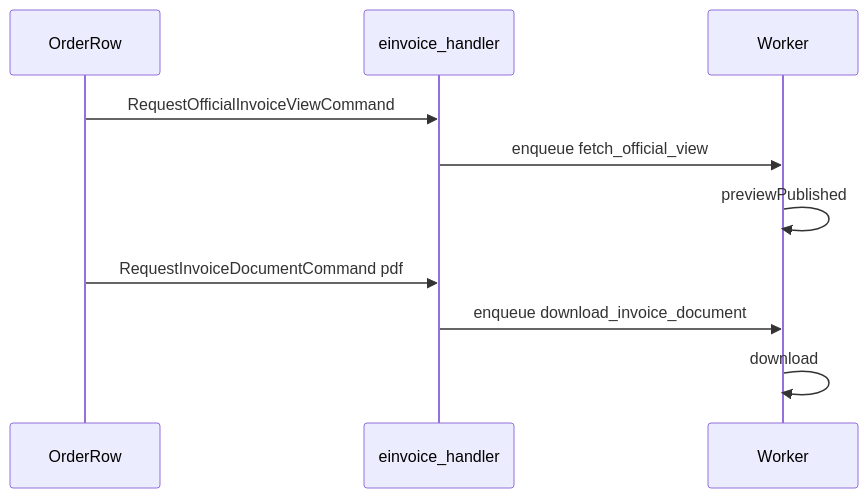
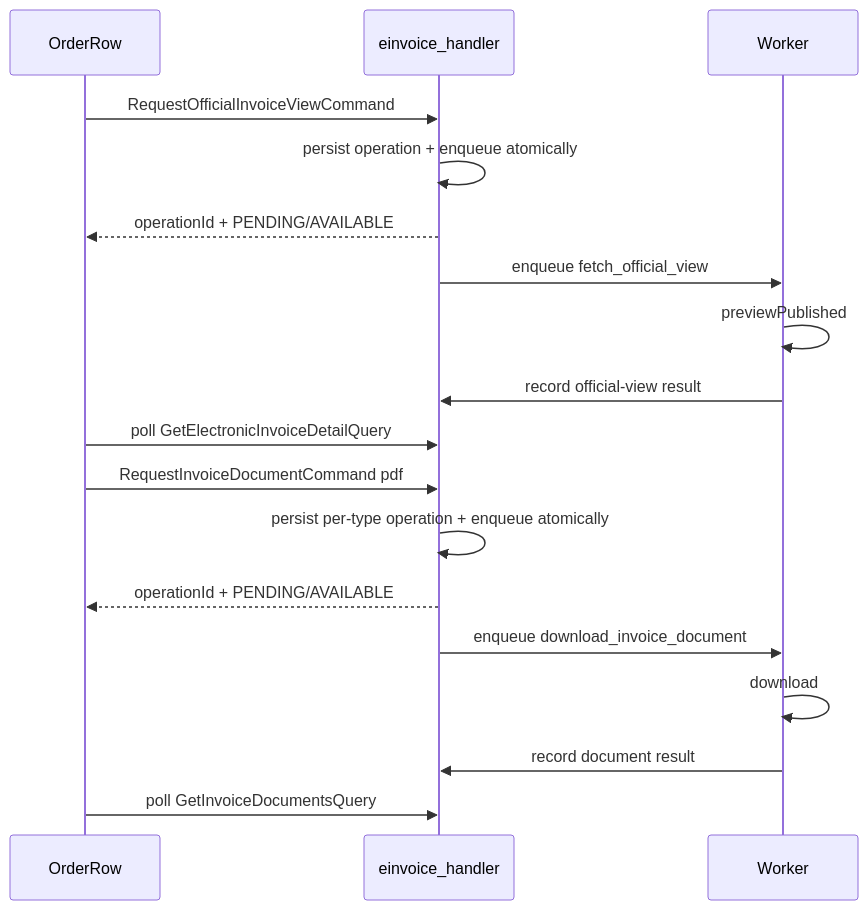
Before and after one commit to DsChien102/erp-sales-inventory: the fifth of 5 diagrams in docs/themes/TH-08-e-invoice/harness/03-architecture-and-flows.md, drawn with Mermaid. The commit also changed other lines of this file and 574 other files, not shown here.

````diff
--- a/docs/themes/TH-08-e-invoice/harness/03-architecture-and-flows.md
+++ b/docs/themes/TH-08-e-invoice/harness/03-architecture-and-flows.md
@@ -317,13 +330,21 @@
 ```mermaid
 sequenceDiagram
   participant UI as OrderRow
   participant App as einvoice_handler
   participant W as Worker
 
   UI->>App: RequestOfficialInvoiceViewCommand
+  App->>App: persist operation + enqueue atomically
+  App-->>UI: operationId + PENDING/AVAILABLE
   App->>W: enqueue fetch_official_view
   W->>W: previewPublished
+  W->>App: record official-view result
+  UI->>App: poll GetElectronicInvoiceDetailQuery
   UI->>App: RequestInvoiceDocumentCommand pdf
+  App->>App: persist per-type operation + enqueue atomically
+  App-->>UI: operationId + PENDING/AVAILABLE
   App->>W: enqueue download_invoice_document
   W->>W: download
+  W->>App: record document result
+  UI->>App: poll GetInvoiceDocumentsQuery
 ```
````
